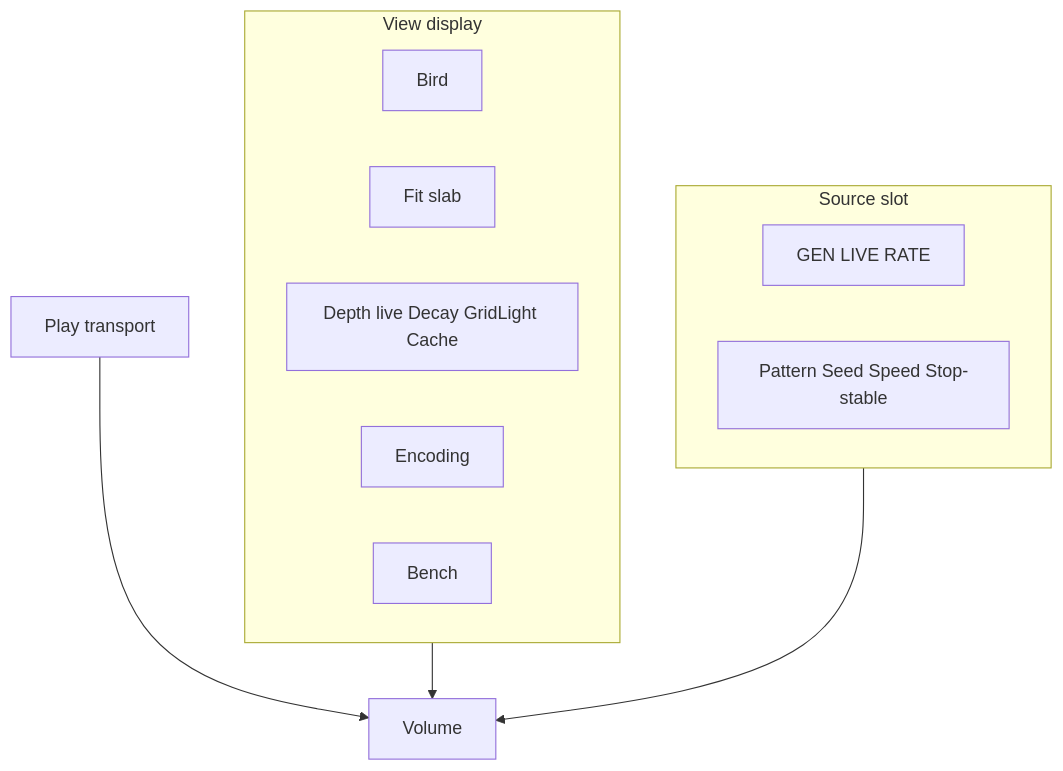
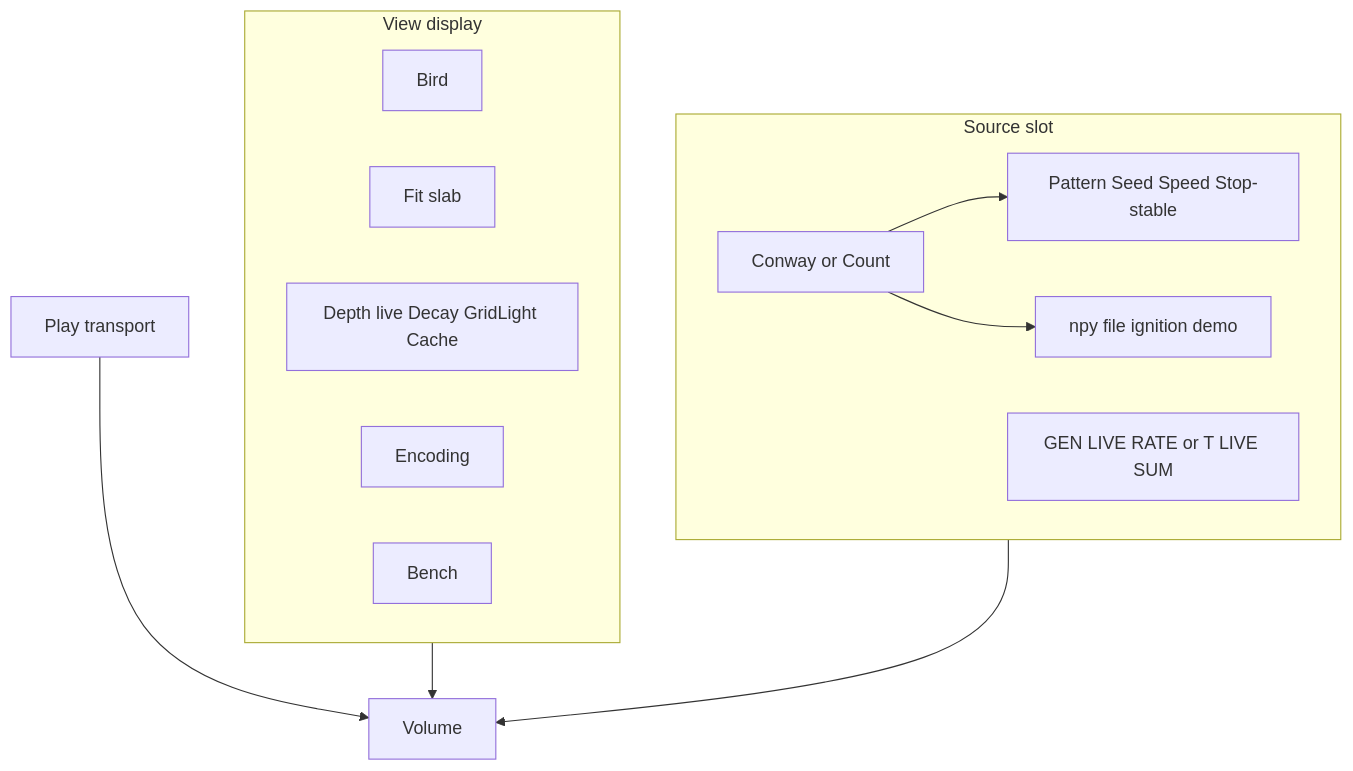
One commit to PiMaV/DONNER changed the second of 4 diagrams in docs/gui.md. Above: the diagram before and after it, drawn with Mermaid. The commit also changed other lines of this file and 25 other files, not shown here.

Commit message:
Add a count-stack source beside Conway so EVT cubes share the volume, and open XR-A passthrough so the same scene can sit on a table.

````diff
--- a/docs/gui.md
+++ b/docs/gui.md
@@ -32,18 +39,22 @@
 ```mermaid
 flowchart TB
   subgraph view [View display]
     bird[Bird]
     fit[Fit slab]
     win[Depth live Decay GridLight Cache]
     enc[Encoding]
     bench[Bench]
   end
   subgraph source [Source slot]
-    gen[GEN LIVE RATE]
+    kind[Conway or Count]
+    gen[GEN LIVE RATE or T LIVE SUM]
     conway[Pattern Seed Speed Stop-stable]
+    npy[npy file ignition demo]
   end
   play[Play transport]
   view --> volume[Volume]
   play --> volume
   source --> volume
+  kind --> conway
+  kind --> npy
 ```
````
